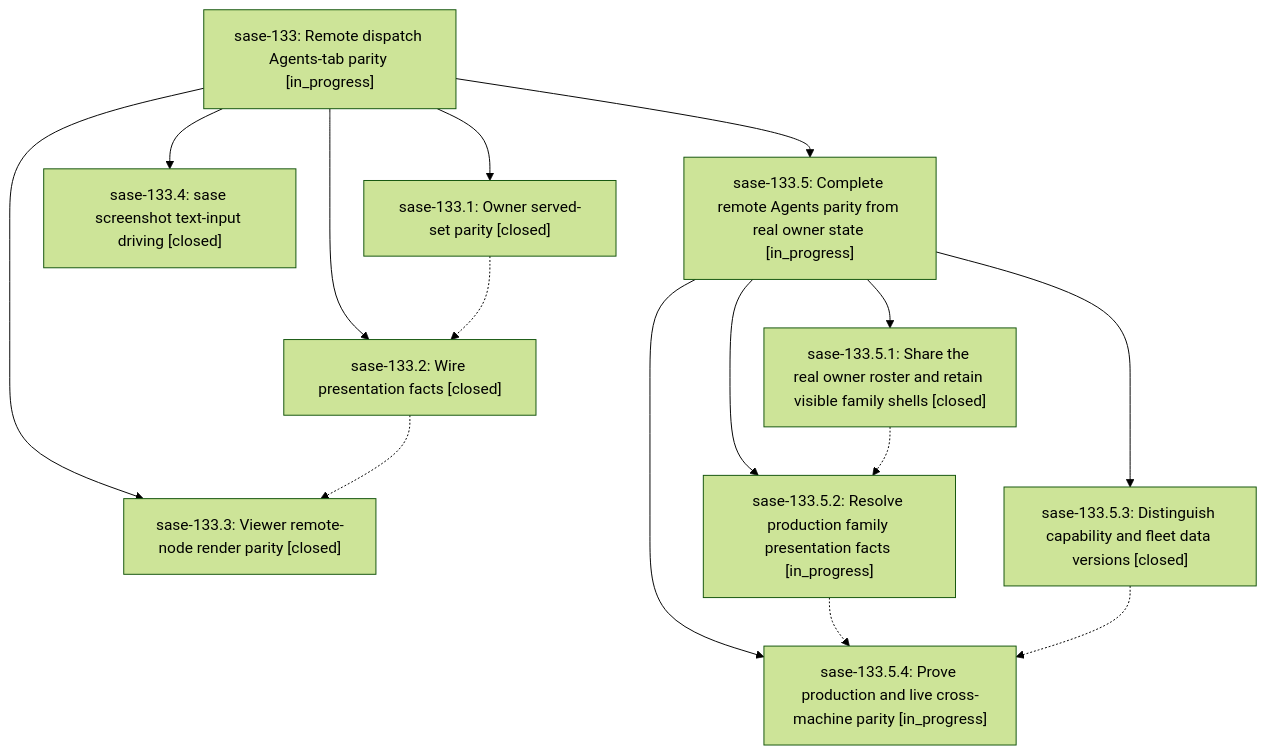
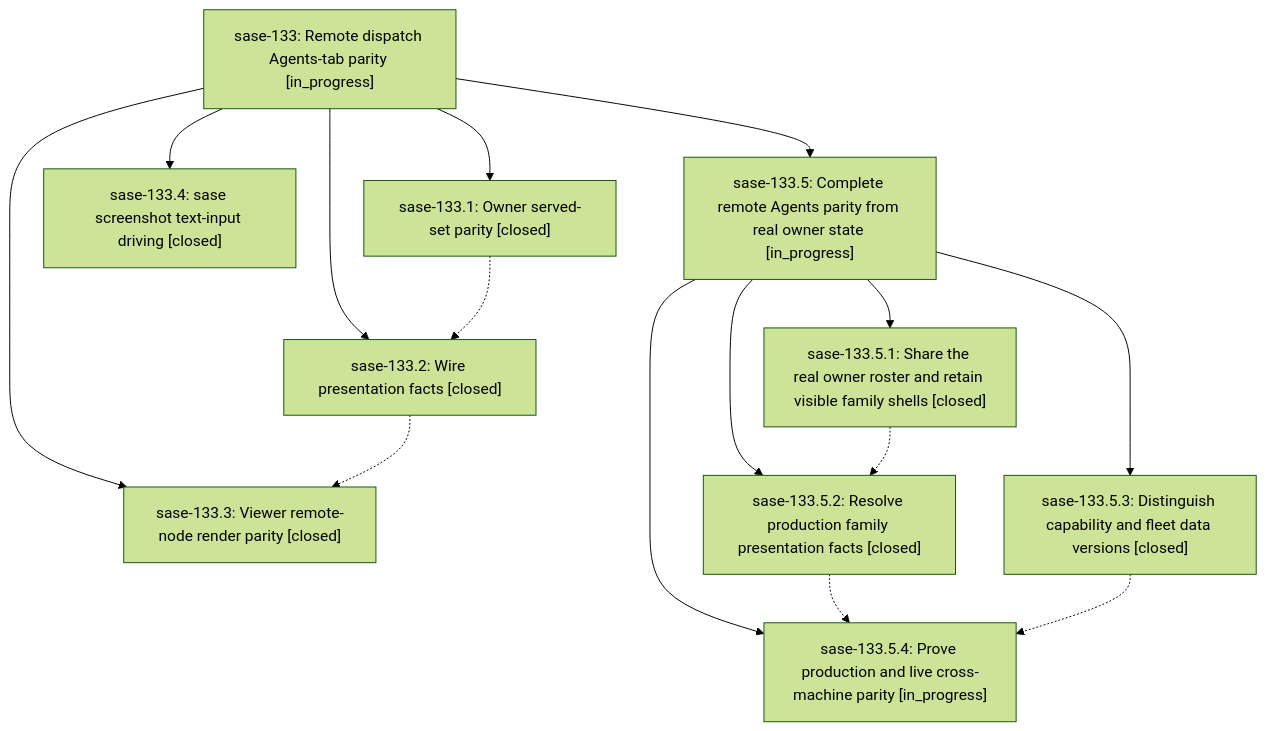
Before and after one commit to sase-org/sase--beads: the diagram in pages/sase-133/README.md, drawn with Mermaid (forest theme). The commit also changed other lines of this file and 3 other files, not shown here.

````diff
--- a/pages/sase-133/README.md
+++ b/pages/sase-133/README.md
@@ -61,27 +61,27 @@
 ```mermaid
 flowchart TD
     n0["sase-133: Remote dispatch Agents-tab parity [in_progress]"]
     n1["sase-133.1: Owner served-set parity [closed]"]
     n2["sase-133.2: Wire presentation facts [closed]"]
     n3["sase-133.3: Viewer remote-node render parity [closed]"]
     n4["sase-133.4: sase screenshot text-input driving [closed]"]
     n5["sase-133.5: Complete remote Agents parity from real owner state [in_progress]"]
     n6["sase-133.5.1: Share the real owner roster and retain visible family shells [closed]"]
-    n7["sase-133.5.2: Resolve production family presentation facts [in_progress]"]
+    n7["sase-133.5.2: Resolve production family presentation facts [closed]"]
     n8["sase-133.5.3: Distinguish capability and fleet data versions [closed]"]
     n9["sase-133.5.4: Prove production and live cross-machine parity [in_progress]"]
     n0 --> n1
     n0 --> n2
     n0 --> n3
     n0 --> n4
     n0 --> n5
     n5 --> n6
     n5 --> n7
     n5 --> n8
     n5 --> n9
     n1 -.-> n2
     n2 -.-> n3
     n6 -.-> n7
     n7 -.-> n9
     n8 -.-> n9
 ```
````
